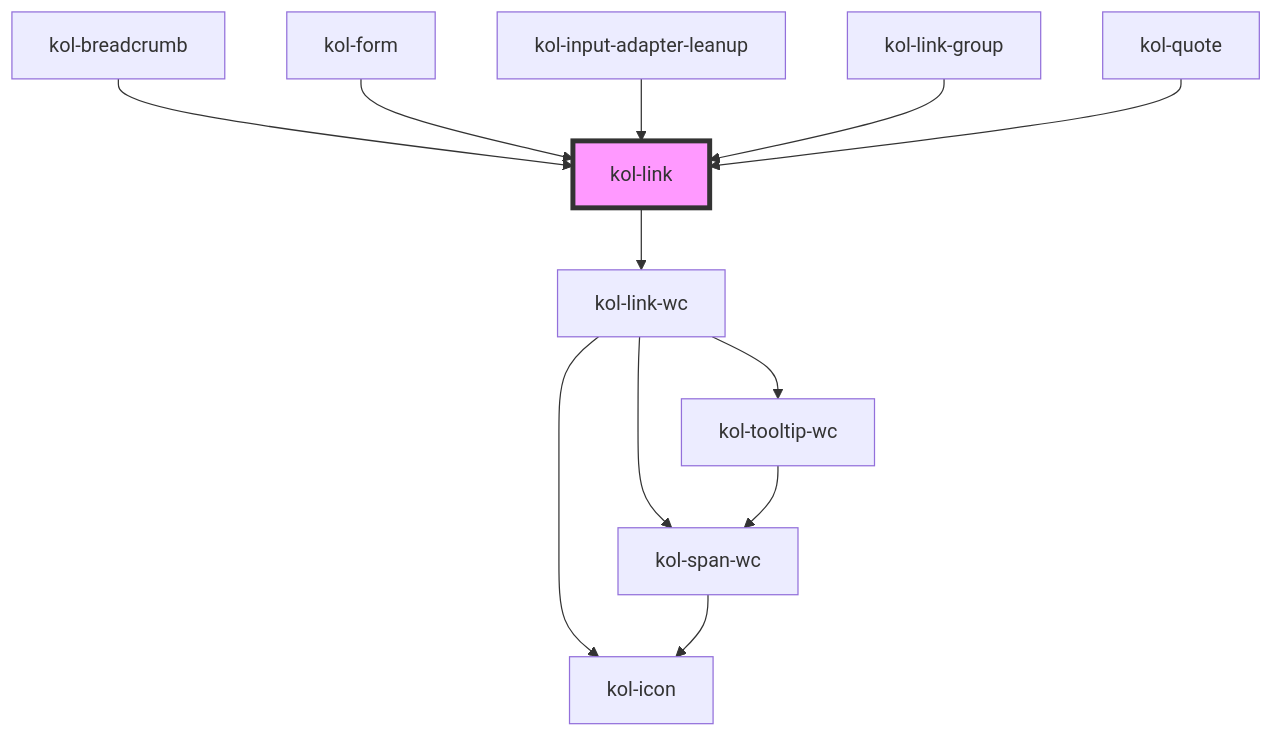
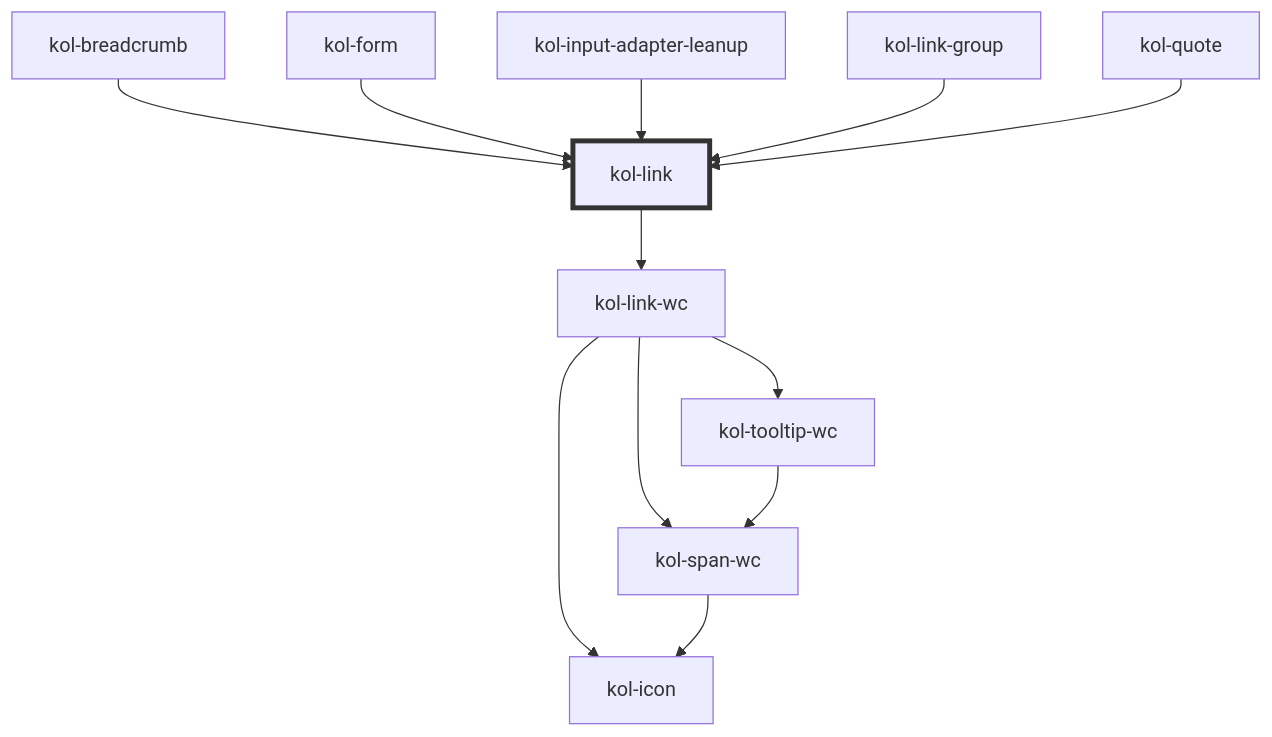
Before and after one commit to public-ui/kolibri: the diagram in packages/components/src/components/link/readme.md, drawn with Mermaid. The commit also changed 372 other files, not shown here.

````diff
--- a/packages/components/src/components/link/readme.md
+++ b/packages/components/src/components/link/readme.md
@@ -108,15 +108,15 @@
 ```mermaid
 graph TD;
   kol-link --> kol-link-wc
   kol-link-wc --> kol-span-wc
   kol-link-wc --> kol-icon
   kol-link-wc --> kol-tooltip-wc
   kol-span-wc --> kol-icon
   kol-tooltip-wc --> kol-span-wc
   kol-breadcrumb --> kol-link
   kol-form --> kol-link
   kol-input-adapter-leanup --> kol-link
   kol-link-group --> kol-link
   kol-quote --> kol-link
-  style kol-link fill:#f9f,stroke:#333,stroke-width:4px
+  style kol-link stroke:#333,stroke-width:4px
 ```
````
